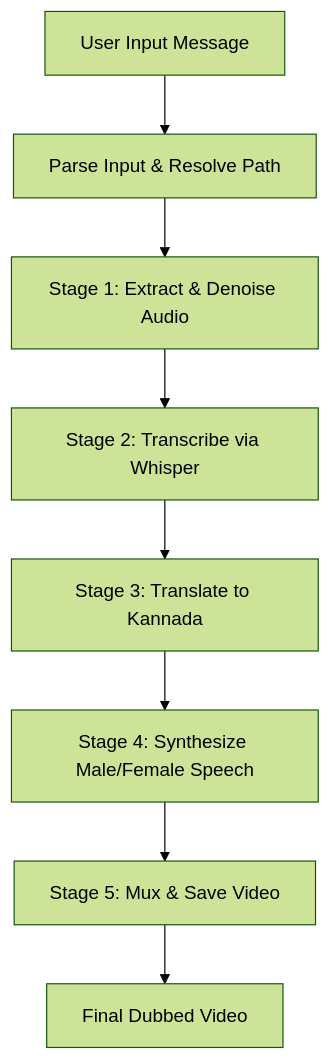
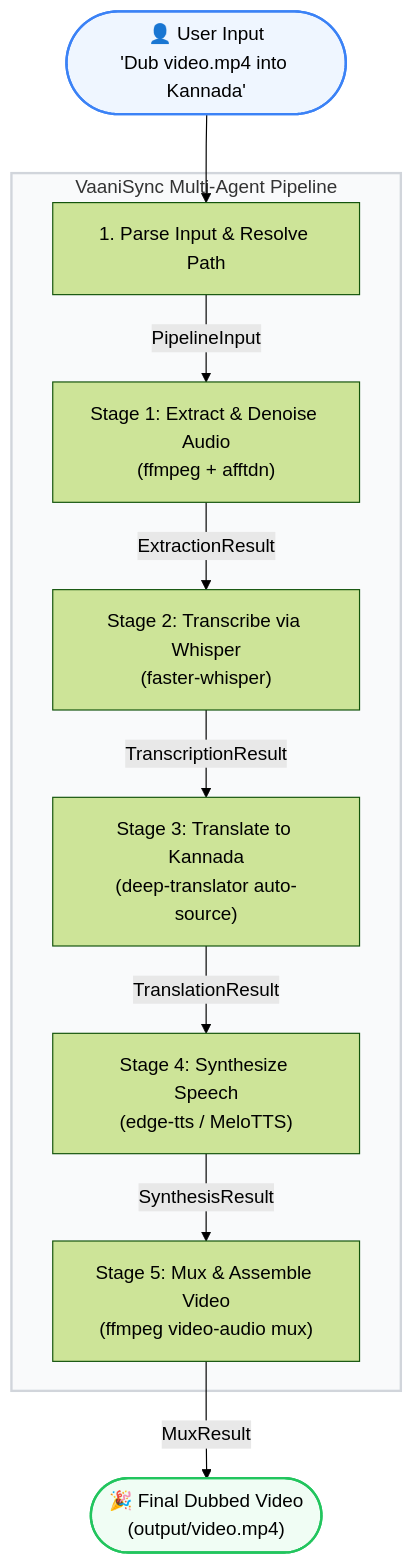
One commit to Bharath-2005-07/VaaniSync changed the diagram in README.md. Above: the diagram before and after it, drawn with Mermaid (forest theme). The commit also changed other lines of this file and 2 other files, not shown here.

Commit message:
docs:documentation with architecture, workflow diagrams, and feature descriptions

````diff
--- a/README.md
+++ b/README.md
@@ -28,10 +30,18 @@
 ```mermaid
-graph TD
-    START[User Input Message] --> parse_input[Parse Input & Resolve Path]
-    parse_input --> extract_audio[Stage 1: Extract & Denoise Audio]
-    extract_audio --> transcribe_audio[Stage 2: Transcribe via Whisper]
-    transcribe_audio --> translate_segments[Stage 3: Translate to Kannada]
-    translate_segments --> synthesise_segments[Stage 4: Synthesize Male/Female Speech]
-    synthesise_segments --> mux_video[Stage 5: Mux & Save Video]
-    mux_video --> END[Final Dubbed Video]
+flowchart TD
+    START(["👤 User Input\n'Dub video.mp4 into Kannada'"]) --> ParseInput["1. Parse Input & Resolve Path"]
+    
+    subgraph Pipeline ["VaaniSync Multi-Agent Pipeline"]
+        ParseInput -->|"PipelineInput"| ExtractAudio["Stage 1: Extract & Denoise Audio\n(ffmpeg + afftdn)"]
+        ExtractAudio -->|"ExtractionResult"| TranscribeAudio["Stage 2: Transcribe via Whisper\n(faster-whisper)"]
+        TranscribeAudio -->|"TranscriptionResult"| TranslateSegments["Stage 3: Translate to Kannada\n(deep-translator auto-source)"]
+        TranslateSegments -->|"TranslationResult"| SynthesiseSegments["Stage 4: Synthesize Speech\n(edge-tts / MeloTTS)"]
+        SynthesiseSegments -->|"SynthesisResult"| MuxVideo["Stage 5: Mux & Assemble Video\n(ffmpeg video-audio mux)"]
+    end
+
+    MuxVideo -->|"MuxResult"| END(["🎉 Final Dubbed Video\n(output/video.mp4)"])
+
+    style Pipeline fill:#f9fafb,stroke:#d1d5db,stroke-width:2px
+    style START fill:#eff6ff,stroke:#3b82f6,stroke-width:2px
+    style END fill:#f0fdf4,stroke:#22c55e,stroke-width:2px
 ```
````
